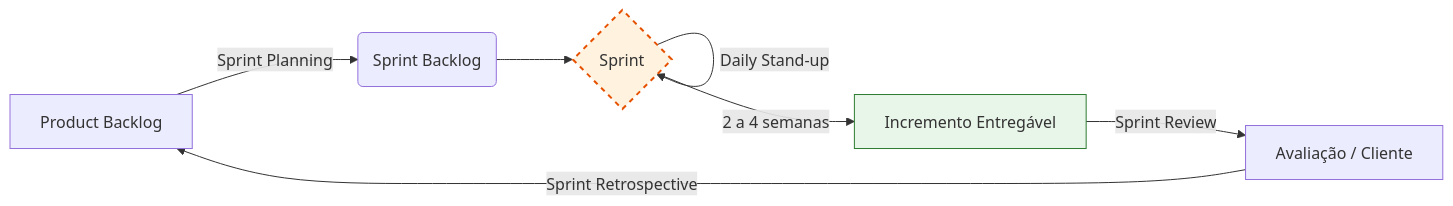
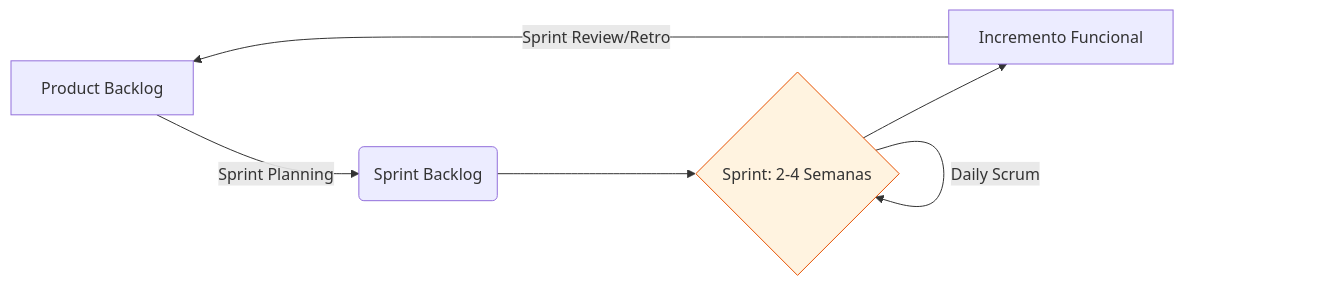
One commit to marcianusfounder/unic2025-26 changed the second of 3 diagrams in Primeiro Semestre/Engenharia de Software I/01 - Guia de Estudo Teórico.md. Above: the diagram before and after it, drawn with Mermaid. The commit also changed other lines of this file and 19 other files, not shown here.

````diff
--- a/Primeiro Semestre/Engenharia de Software I/01 - Guia de Estudo Teórico.md
+++ b/Primeiro Semestre/Engenharia de Software I/01 - Guia de Estudo Teórico.md
@@ -142,14 +100,9 @@
 ```mermaid
 graph LR
     A[Product Backlog] -->|Sprint Planning| B(Sprint Backlog)
-    B --> C{Sprint}
-    
-    C -->|Daily Stand-up| C
-    C -->|2 a 4 semanas| D[Incremento Entregável]
-    
-    D -->|Sprint Review| E[Avaliação / Cliente]
-    E -->|Sprint Retrospective| A
-    
-    style C fill:#fff3e0,stroke:#e65100,stroke-width:2px,stroke-dasharray: 5 5
-    style D fill:#e8f5e9,stroke:#2e7d32
+    B --> C{Sprint: 2-4 Semanas}
+    C -->|Daily Scrum| C
+    C --> D[Incremento Funcional]
+    D -->|Sprint Review/Retro| A
+    style C fill:#fff3e0,stroke:#e65100
 ```
````
